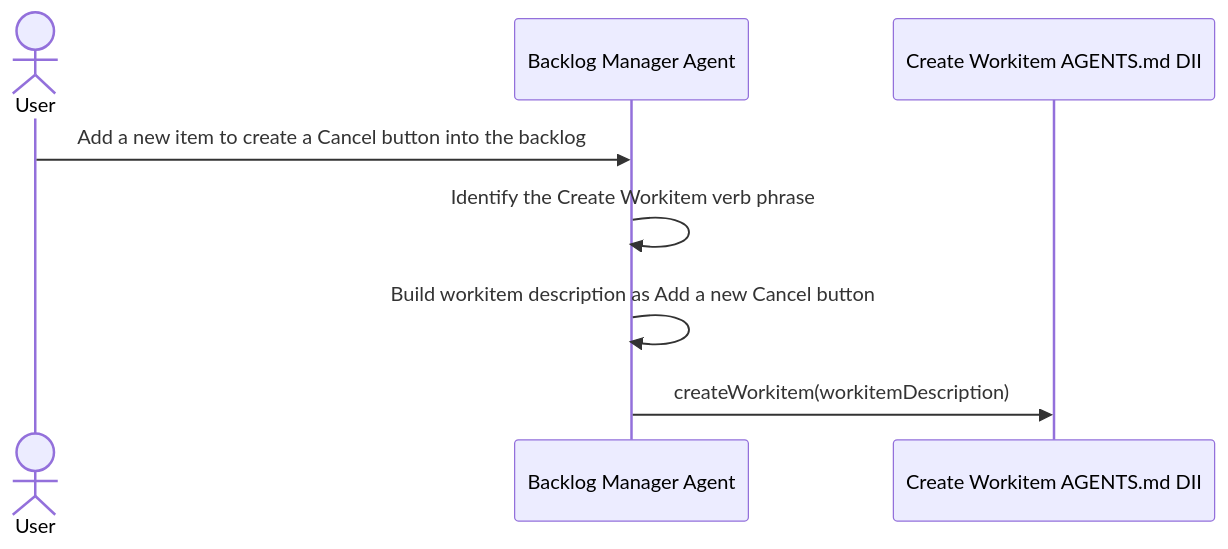
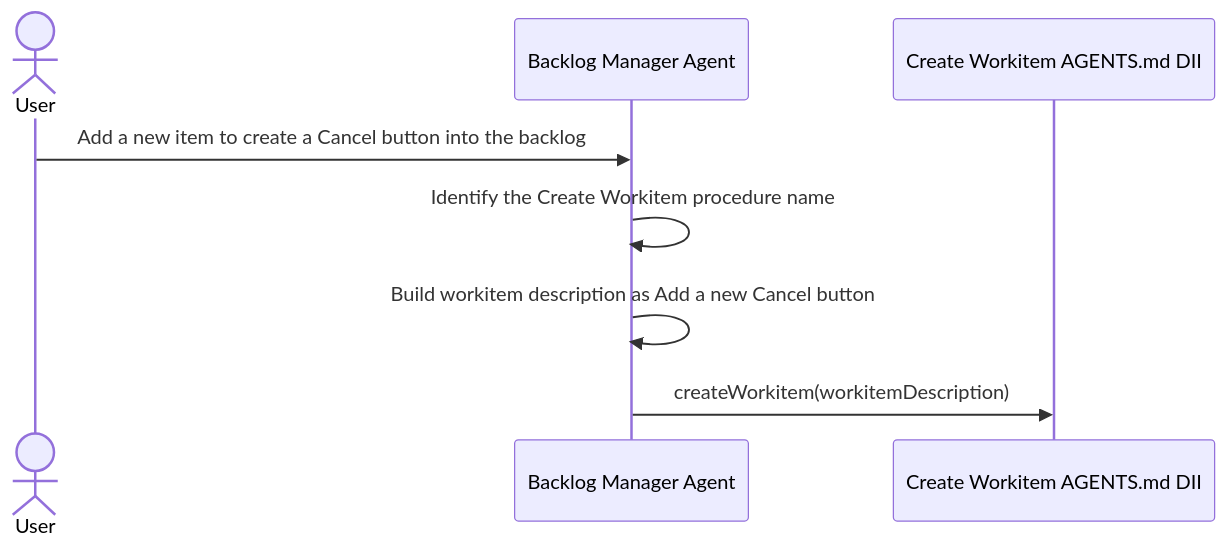
The fourth of 10 diagrams in design/object-oriented-agent-and-skill-model.md (martinbechard/dev-methodology), drawn with Mermaid before and after one commit. The commit also changed other lines of this file and 2 other files, not shown here.

Commit message:
Express skill links as procedure names

````diff
--- a/design/object-oriented-agent-and-skill-model.md
+++ b/design/object-oriented-agent-and-skill-model.md
@@ -172,11 +174,11 @@
 ```mermaid
 sequenceDiagram
     actor User
     participant Agent as Backlog Manager Agent
     participant Interface as Create Workitem AGENTS.md DII
 
     User->>Agent: Add a new item to create a Cancel button into the backlog
-    Agent->>Agent: Identify the Create Workitem verb phrase
+    Agent->>Agent: Identify the Create Workitem procedure name
     Agent->>Agent: Build workitem description as Add a new Cancel button
     Agent->>Interface: createWorkitem(workitemDescription)
 ```
````
